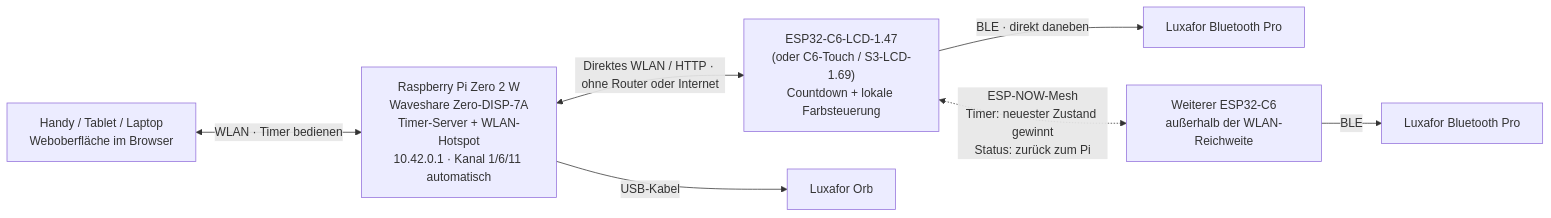
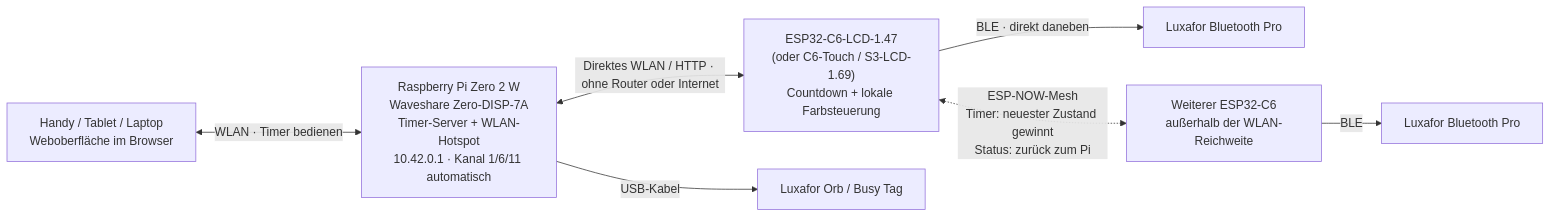
The diagram in README.md (sglogger/pi-timer-wifi), drawn with Mermaid before and after one commit. The commit also changed other lines of this file and 25 other files, not shown here.

Commit message:
fixed installer, added new tag "busy tag"

````diff
--- a/README.md
+++ b/README.md
@@ -12,16 +13,16 @@
 ```mermaid
 flowchart LR
   A["Raspberry Pi Zero 2 W\nWaveshare Zero-DISP-7A\nTimer-Server + WLAN-Hotspot\n10.42.0.1 · Kanal 1/6/11 automatisch"]
   B["ESP32-C6-LCD-1.47\n(oder C6-Touch / S3-LCD-1.69)\nCountdown + lokale Farbsteuerung"]
   C["Luxafor Bluetooth Pro"]
   A <-->|"Direktes WLAN / HTTP · ohne Router oder Internet"| B
   B -->|"BLE · direkt daneben"| C
   F["Weiterer ESP32-C6\naußerhalb der WLAN-Reichweite"]
   G["Luxafor Bluetooth Pro"]
   B <-.->|"ESP-NOW-Mesh\nTimer: neuester Zustand gewinnt\nStatus: zurück zum Pi"| F
   F -->|"BLE"| G
   D["Handy / Tablet / Laptop\nWeboberfläche im Browser"]
   D <-->|"WLAN · Timer bedienen"| A
-  E["Luxafor Orb"]
+  E["Luxafor Orb / Busy Tag"]
   A -->|"USB-Kabel"| E
 ```
````
